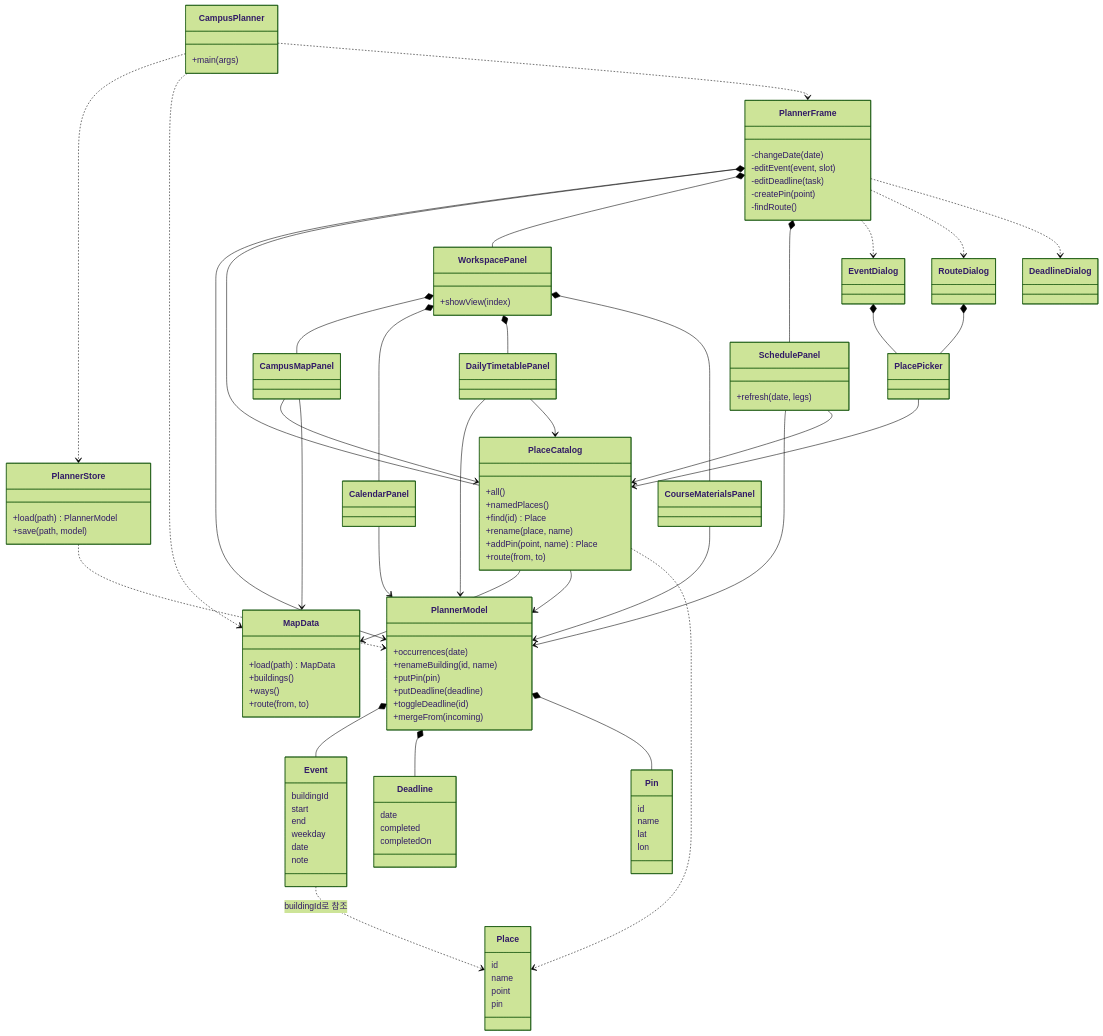
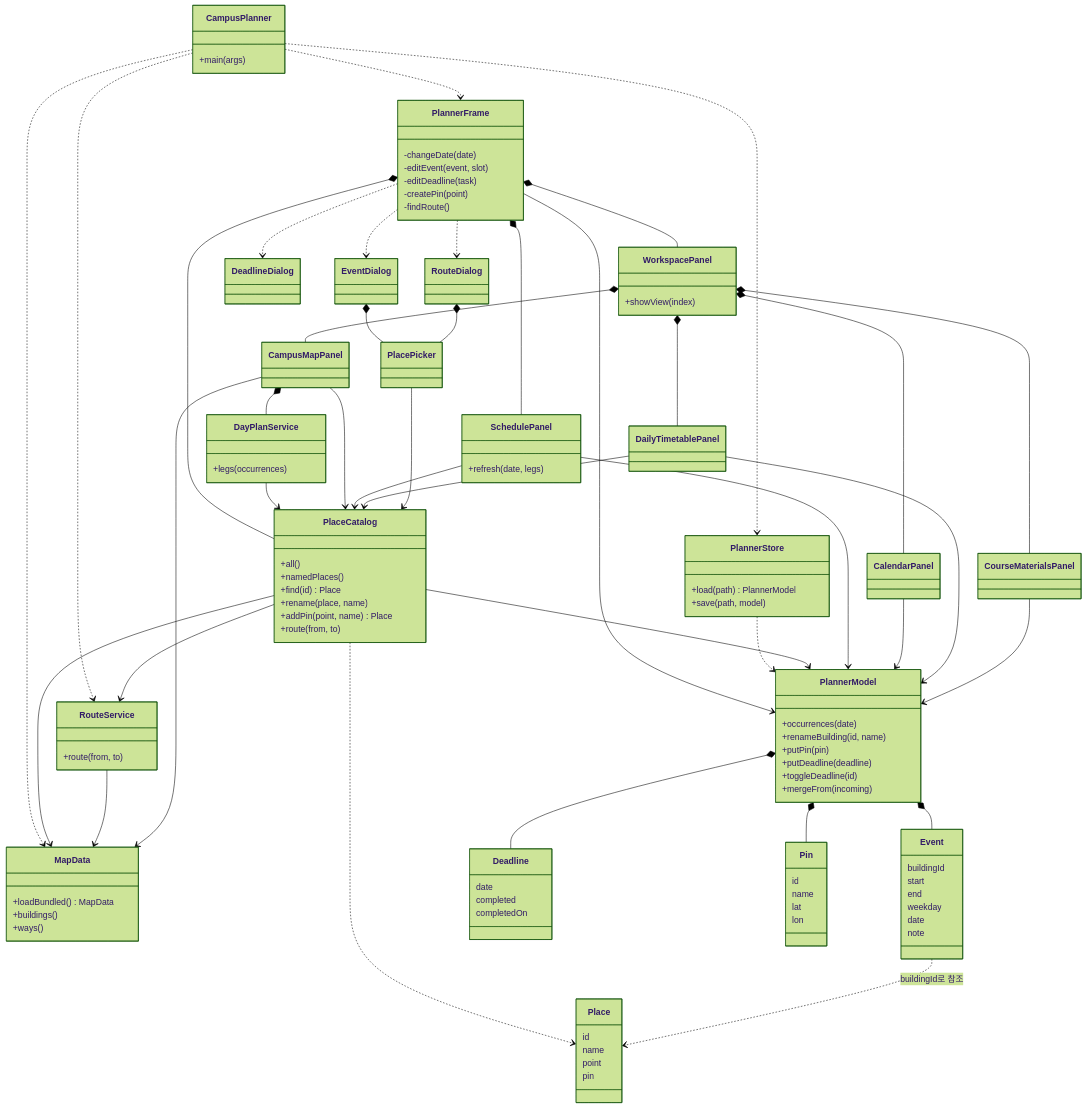
One commit to cnu-ssd-team5/cnu-spm changed the diagram in docs/design.md. Above: the diagram before and after it, drawn with Mermaid (forest theme). The commit also changed other lines of this file and 32 other files, not shown here.

```diff
--- a/docs/design.md
+++ b/docs/design.md
@@ -27,10 +29,15 @@
         +save(path, model)
     }
     class MapData {
-        +load(path) MapData
+        +loadBundled() MapData
         +buildings()
         +ways()
+    }
+    class RouteService {
         +route(from, to)
+    }
+    class DayPlanService {
+        +legs(occurrences)
     }
     class PlaceCatalog {
         +all()
@@ -82,6 +89,7 @@
 
     CampusPlanner ..> PlannerStore
     CampusPlanner ..> MapData
+    CampusPlanner ..> RouteService
     CampusPlanner ..> PlannerFrame
     PlannerFrame --> PlannerModel
     PlannerFrame *-- PlaceCatalog
@@ -99,6 +107,10 @@
     PlannerModel *-- Deadline
     PlannerModel *-- Pin
     PlaceCatalog --> MapData
+    PlaceCatalog --> RouteService
+    RouteService --> MapData
+    DayPlanService --> PlaceCatalog
+    CampusMapPanel *-- DayPlanService
     PlaceCatalog --> PlannerModel
     PlaceCatalog ..> Place
     Event ..> Place : buildingId로 참조
```
